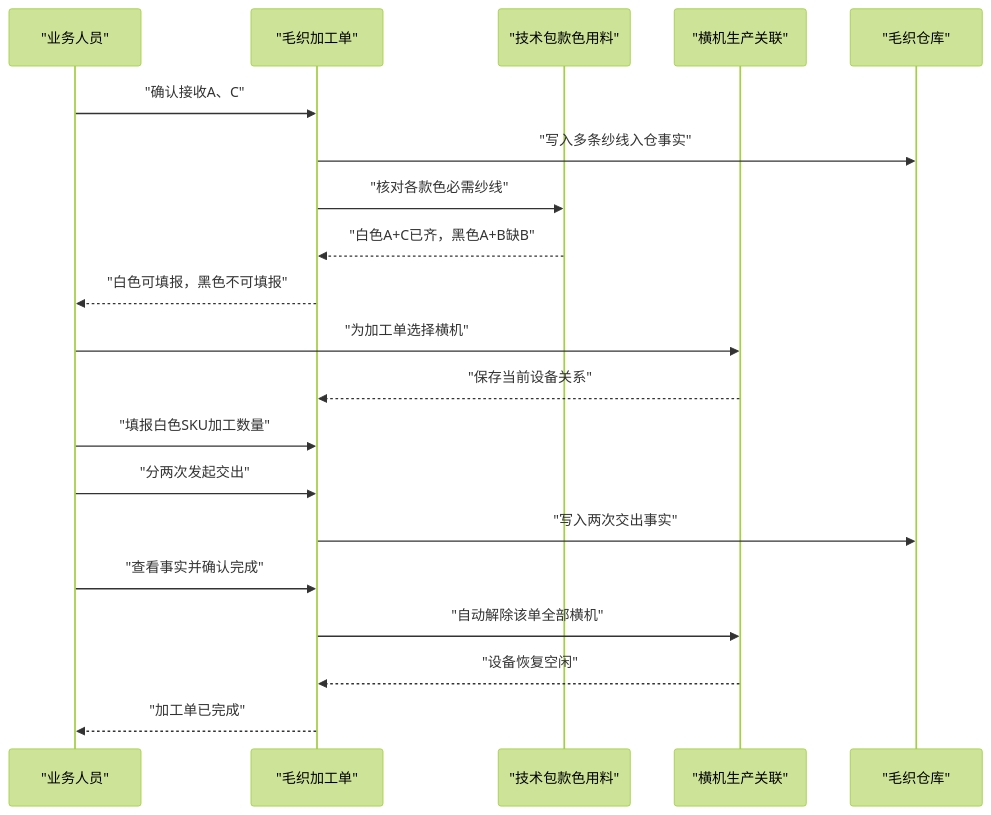
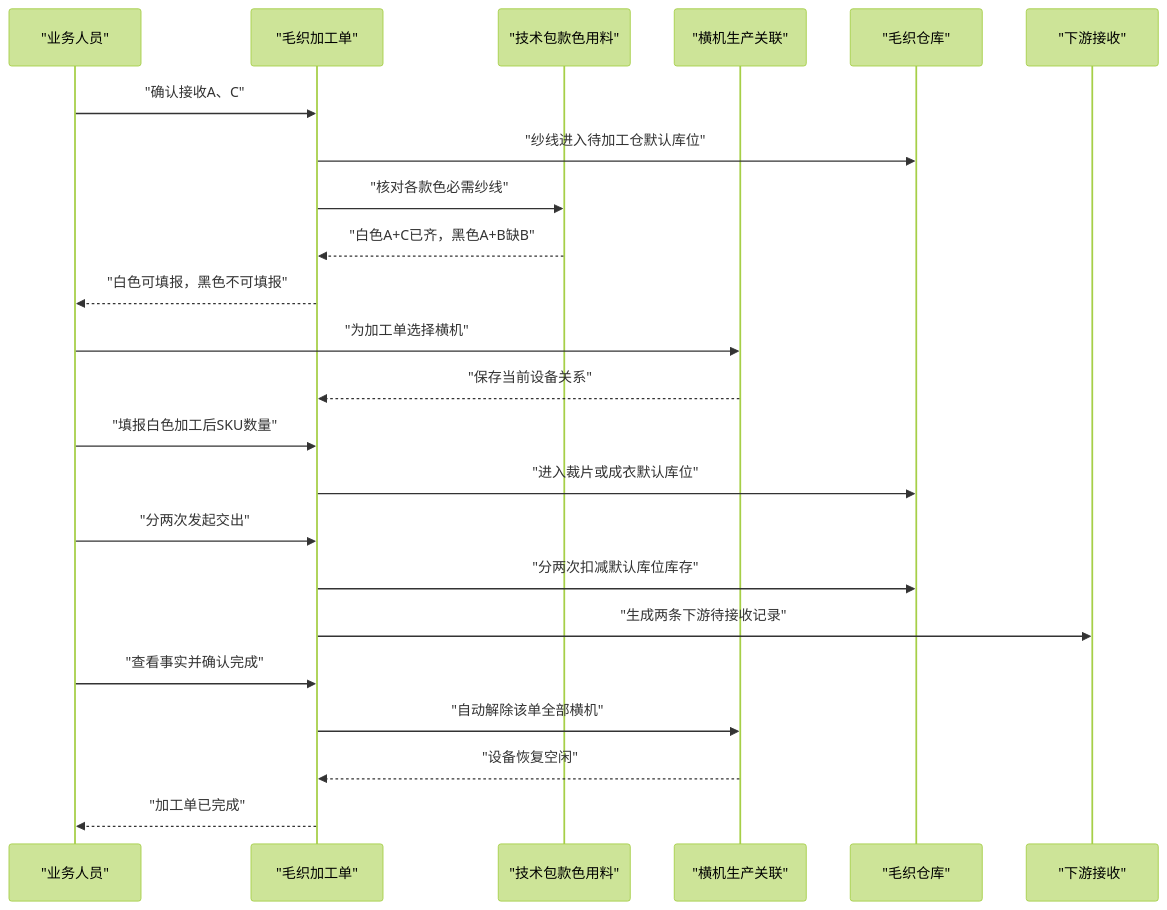
The third of 3 diagrams in docs/superpowers/specs/2026-07-30-wool-management-fact-workflow-design.md (laoertongxue/higoods), drawn with Mermaid (forest theme) before and after one commit. The commit also changed other lines of this file, not shown here.

````diff
--- a/docs/superpowers/specs/2026-07-30-wool-management-fact-workflow-design.md
+++ b/docs/superpowers/specs/2026-07-30-wool-management-fact-workflow-design.md
@@ -971,23 +1254,26 @@
 ```mermaid
 sequenceDiagram
     participant U as "业务人员"
     participant W as "毛织加工单"
     participant T as "技术包款色用料"
     participant M as "横机生产关联"
     participant H as "毛织仓库"
+    participant D as "下游接收"
 
     U->>W: "确认接收A、C"
-    W->>H: "写入多条纱线入仓事实"
+    W->>H: "纱线进入待加工仓默认库位"
     W->>T: "核对各款色必需纱线"
     T-->>W: "白色A+C已齐，黑色A+B缺B"
     W-->>U: "白色可填报，黑色不可填报"
     U->>M: "为加工单选择横机"
     M-->>W: "保存当前设备关系"
-    U->>W: "填报白色SKU加工数量"
+    U->>W: "填报白色加工后SKU数量"
+    W->>H: "进入裁片或成衣默认库位"
     U->>W: "分两次发起交出"
-    W->>H: "写入两次交出事实"
+    W->>H: "分两次扣减默认库位库存"
+    W->>D: "生成两条下游待接收记录"
     U->>W: "查看事实并确认完成"
     W->>M: "自动解除该单全部横机"
     M-->>W: "设备恢复空闲"
     W-->>U: "加工单已完成"
 ```
````
